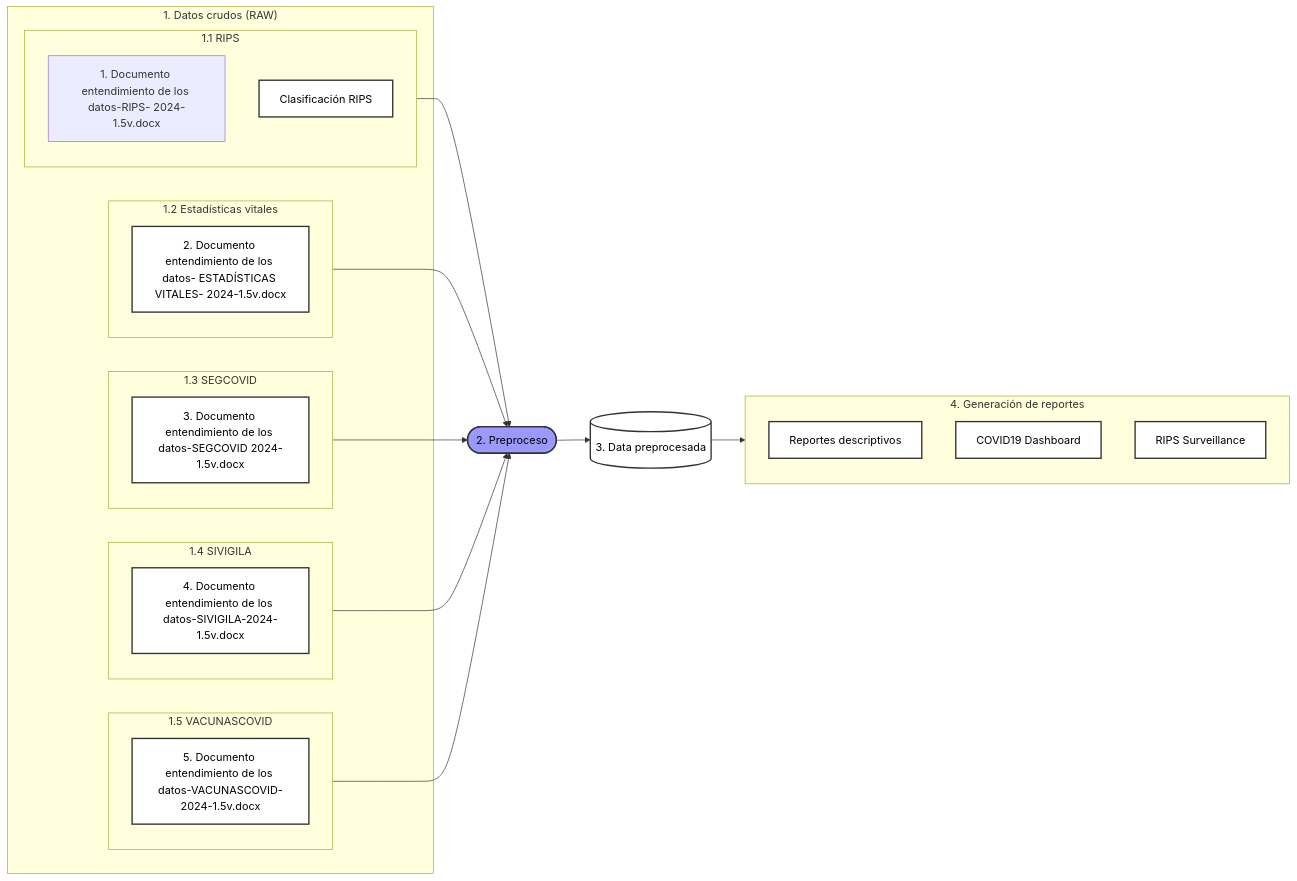
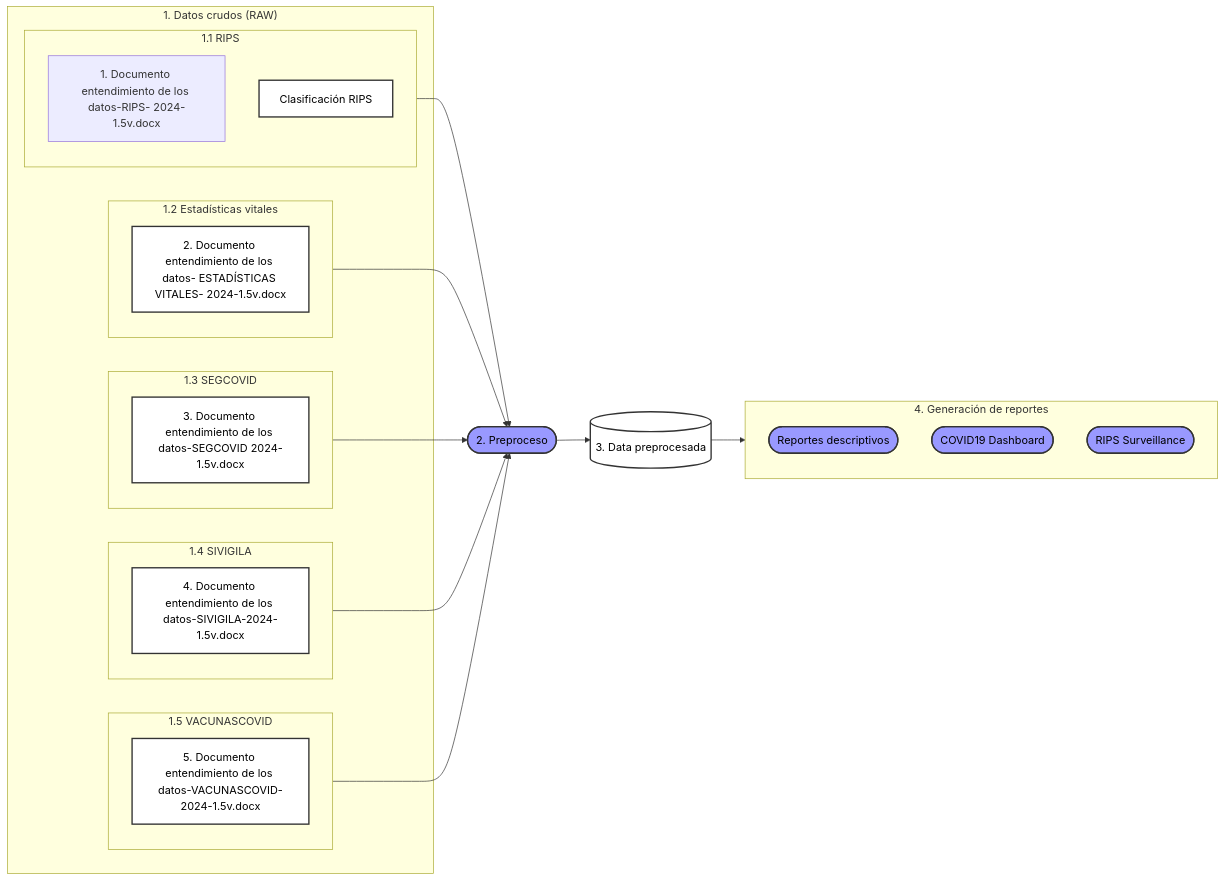
Before and after one commit to AGORA-COL/.github: the diagram in profile/DataLake/FlujoDatos.md, drawn with Mermaid.

````diff
--- a/profile/DataLake/FlujoDatos.md
+++ b/profile/DataLake/FlujoDatos.md
@@ -8,66 +8,66 @@
 ```mermaid
 flowchart LR
     subgraph R["1. Datos crudos (RAW)"]
         subgraph A[1.1 RIPS]
             DRIPS1[1. Documento entendimiento de los datos-RIPS- 2024-1.5v.docx]
             CRIPS1[Clasificación RIPS]
         end
         subgraph B[1.2 Estadísticas vitales]
             DRIPS2[2. Documento entendimiento de los datos- ESTADÍSTICAS VITALES- 2024-1.5v.docx]
         end
         subgraph C[1.3 SEGCOVID]
             DRIPS3[3. Documento entendimiento de los datos-SEGCOVID 2024-1.5v.docx]
         end
         subgraph D[1.4 SIVIGILA]
             DRIPS4[4. Documento entendimiento de los datos-SIVIGILA-2024-1.5v.docx]
         end
         subgraph E[1.5 VACUNASCOVID]
             DRIPS5[5. Documento entendimiento de los datos-VACUNASCOVID-2024-1.5v.docx]
         end
     end
 
     P([2. Preproceso])
     DP[("3. Data preprocesada")]
     subgraph G["4. Generación de reportes"]
-        RD[Reportes descriptivos]
-        DB[COVID19 Dashboard]
-        RS[RIPS Surveillance]
+        RD([Reportes descriptivos])
+        DB([COVID19 Dashboard])
+        RS([RIPS Surveillance])
     end
 
 
     A --> P
     B --> P
     C --> P
     D --> P
     E --> P
 
     P --> DP
     
     DP --> G
 
 
     classDef data fill:#fff,stroke:#333,stroke-width:2px,color:#000;
     classDef process fill:#99f,stroke:#333,stroke-width:2px,color:black;
     classDef repository fill:#fff,stroke:#333,stroke-width:2px,stroke: 5 5,color:#000;
     classDef process2 fill:green,stroke:#333,stroke-width:2px,color:#000;
     classDef report fill:#aeb,stroke:#333,stroke-width:2px,color:#000;
 
     class DIRPS1,DRIPS2,DRIPS3,DRIPS4,DRIPS5,CRIPS1 repository;
     class P process;
     class DP repository;
-    class RD,DB,RS repository
+    class RD,DB,RS process
 
     click P "https://github.com/AGORA-COL/Data_lake"
 
     click DRIPS1 "https://docs.google.com/document/d/1v1sbOreJdBO0SDKUqhwKxVJw9MxYego8/view"
     click CRIPS1 "https://drive.google.com/drive/folders/1pApPVLWTkwgCbYgMG0tAWkvJDn2RRe1K"
 
     click DRIPS2 "https://docs.google.com/document/d/1iS1R8nHHWaVkTCsxTbTI5t9atf6AJeuR/view"
     click DRIPS3 "https://docs.google.com/document/d/1ErjxN7yliQpPZoOO_h-7L-Qg5XQCONbd/view"
     click DRIPS4 "https://docs.google.com/document/d/17mFQoDqTd8Azzy9971D3XkibAzFu6egv/view"
     click DRIPS5 "https://docs.google.com/document/d/1kIC2y6j7VdZ7J-GziTIGz7EuRUx8Aec9/view"
 
     click RD "https://github.com/AGORA-COL/dl-covid19-descriptive-reports"
     click DB "https://github.com/AGORA-COL/dl-covid19-col-dashboard"
     click RS "https://github.com/AGORA-COL/quality-rips-surveillance"
 ```
````
